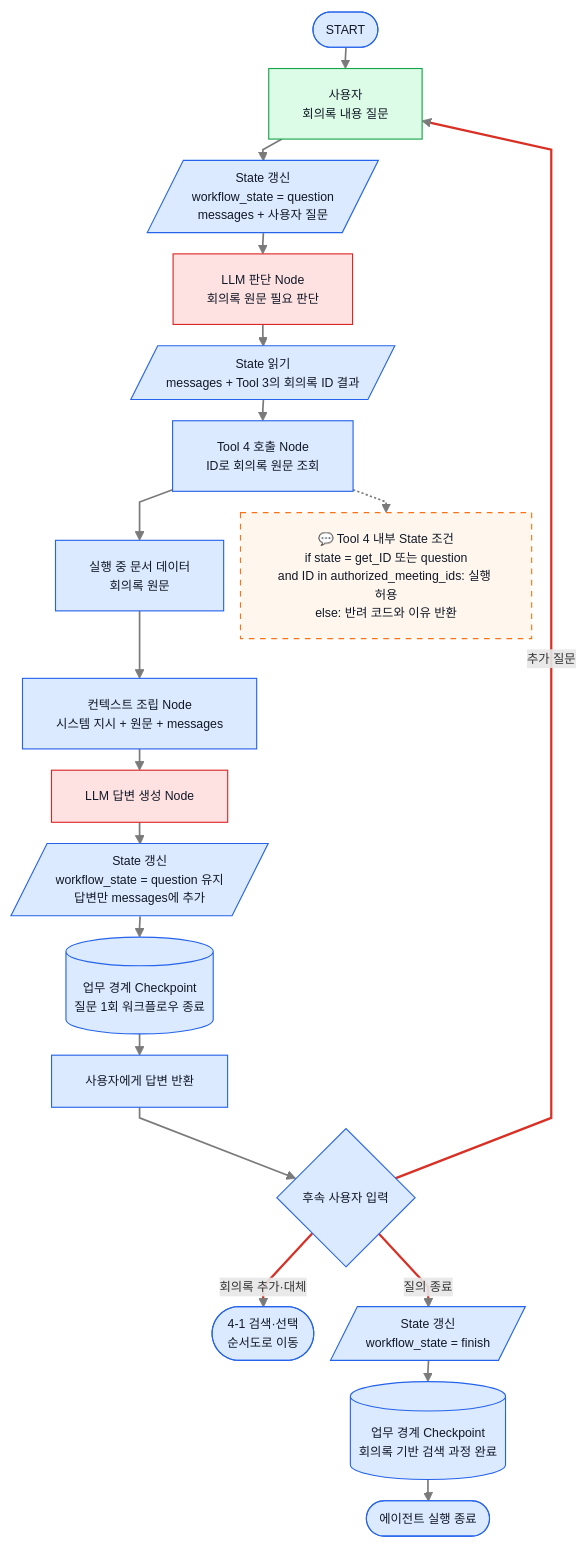
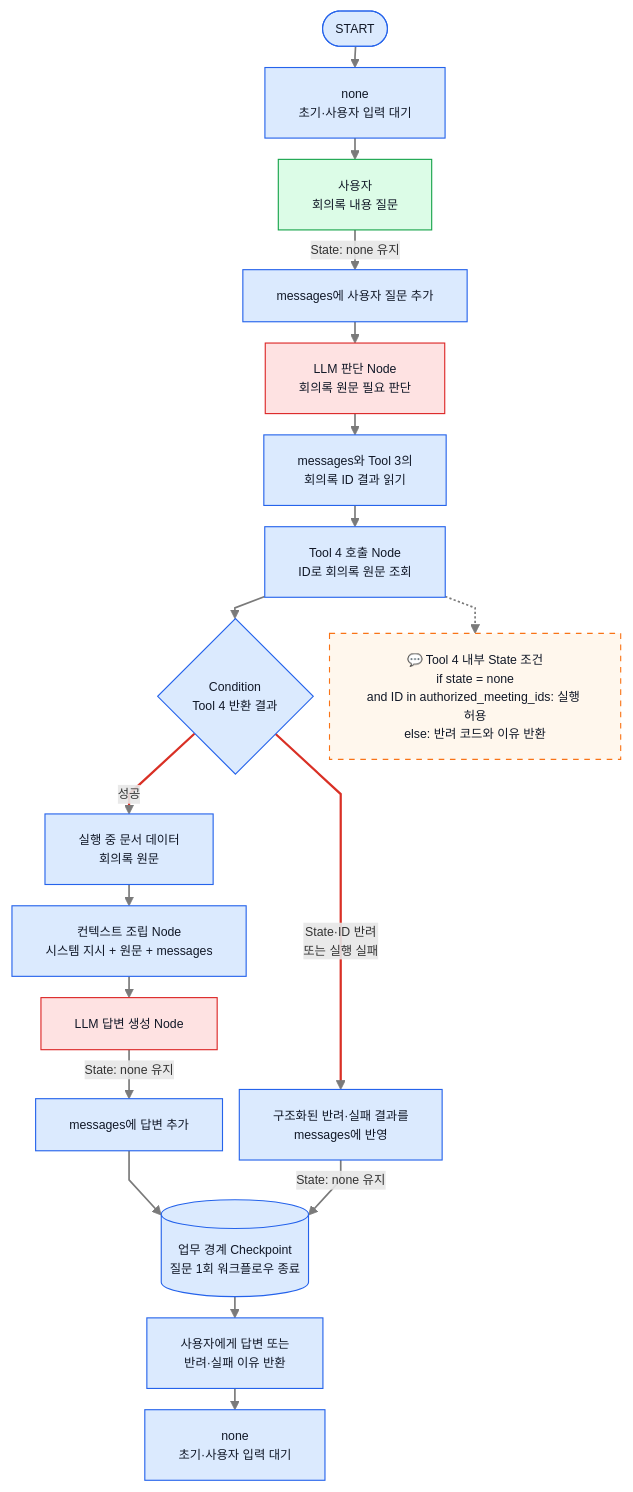
One commit to ericyum/Obsidian changed diagram 11 of 11 in ZENAI/에이전트 설계/회의록 에이전트 설계/1. 회의록 에이전트 워크플로우 graph 정의.md. Above: the diagram before and after it, drawn with Mermaid. The commit also changed other lines of this file and 6 other files, not shown here.

````diff
--- a/ZENAI/에이전트 설계/회의록 에이전트 설계/1. 회의록 에이전트 워크플로우 graph 정의.md
+++ b/ZENAI/에이전트 설계/회의록 에이전트 설계/1. 회의록 에이전트 워크플로우 graph 정의.md
@@ -412,32 +513,31 @@
 ```mermaid
 %%{init: {"flowchart": {"useMaxWidth": true, "nodeSpacing": 15, "rankSpacing": 19, "curve": "linear"}, "themeVariables": {"fontSize": "11px"}}}%%
 flowchart TB
-    S(["START"]) --> U["사용자<br/>회의록 내용 질문"]
-    U --> SQ[/"State 갱신<br/>workflow_state = question<br/>messages + 사용자 질문"/]
+    S(["START"]) --> W1["none<br/>초기·사용자 입력 대기"]
+    W1 --> U["사용자<br/>회의록 내용 질문"]
+    U -->|"State: none 유지"| SQ["messages에 사용자 질문 추가"]
     SQ --> A["LLM 판단 Node<br/>회의록 원문 필요 판단"]
-    A --> ST[/"State 읽기<br/>messages + Tool 3의 회의록 ID 결과"/]
+    A --> ST["messages와 Tool 3의<br/>회의록 ID 결과 읽기"]
     ST --> T6["Tool 4 호출 Node<br/>ID로 회의록 원문 조회"]
-    T6 --> DOC["실행 중 문서 데이터<br/>회의록 원문"]
+    T6 --> R6{"Condition<br/>Tool 4 반환 결과"}
+    R6 -->|"성공"| DOC["실행 중 문서 데이터<br/>회의록 원문"]
+    R6 -->|"State·ID 반려<br/>또는 실행 실패"| E6["구조화된 반려·실패 결과를<br/>messages에 반영"]
     DOC --> CTX["컨텍스트 조립 Node<br/>시스템 지시 + 원문 + messages"]
     CTX --> L["LLM 답변 생성 Node"]
-    L --> SU[/"State 갱신<br/>workflow_state = question 유지<br/>답변만 messages에 추가"/]
+    L -->|"State: none 유지"| SU["messages에 답변 추가"]
     SU --> CP[("업무 경계 Checkpoint<br/>질문 1회 워크플로우 종료")]
-    CP --> R["사용자에게 답변 반환"]
-    R --> NQ{"후속 사용자 입력"}
-    NQ -->|"추가 질문"| U
-    NQ -->|"회의록 추가·대체"| RS(["4-1 검색·선택<br/>순서도로 이동"])
-    NQ -->|"질의 종료"| FIN[/"State 갱신<br/>workflow_state = finish"/]
-    FIN --> CPF[("업무 경계 Checkpoint<br/>회의록 기반 검색 과정 완료")]
-    CPF --> E(["에이전트 실행 종료"])
-    T6 -.-> N6["💬 Tool 4 내부 State 조건<br/>if state = get_ID 또는 question<br/>and ID in authorized_meeting_ids: 실행 허용<br/>else: 반려 코드와 이유 반환"]
+    E6 -->|"State: none 유지"| CP
+    CP --> R["사용자에게 답변 또는<br/>반려·실패 이유 반환"]
+    R --> W2["none<br/>초기·사용자 입력 대기"]
+    T6 -.-> N6["💬 Tool 4 내부 State 조건<br/>if state = none<br/>and ID in authorized_meeting_ids: 실행 허용<br/>else: 반려 코드와 이유 반환"]
     classDef user fill:#dcfce7,stroke:#16a34a,color:#111827;
     classDef internal fill:#dbeafe,stroke:#2563eb,color:#111827;
     classDef llm fill:#fee2e2,stroke:#dc2626,color:#111827;
     classDef note fill:#fff7ed,stroke:#f97316,color:#111827,stroke-dasharray: 5 5;
     class U user;
     class A,L llm;
     class N6 note;
-    class S,SQ,ST,T6,DOC,CTX,SU,CP,R,NQ,RS,FIN,CPF,E internal;
+    class S,W1,W2,SQ,ST,T6,R6,E6,DOC,CTX,SU,CP,R internal;
     linkStyle default stroke:#7a7a7a,stroke-width:1.5px;
-    linkStyle 12,13,14 stroke:#d93025,stroke-width:2px;
+    linkStyle 7,8 stroke:#d93025,stroke-width:2px;
 ```
````
